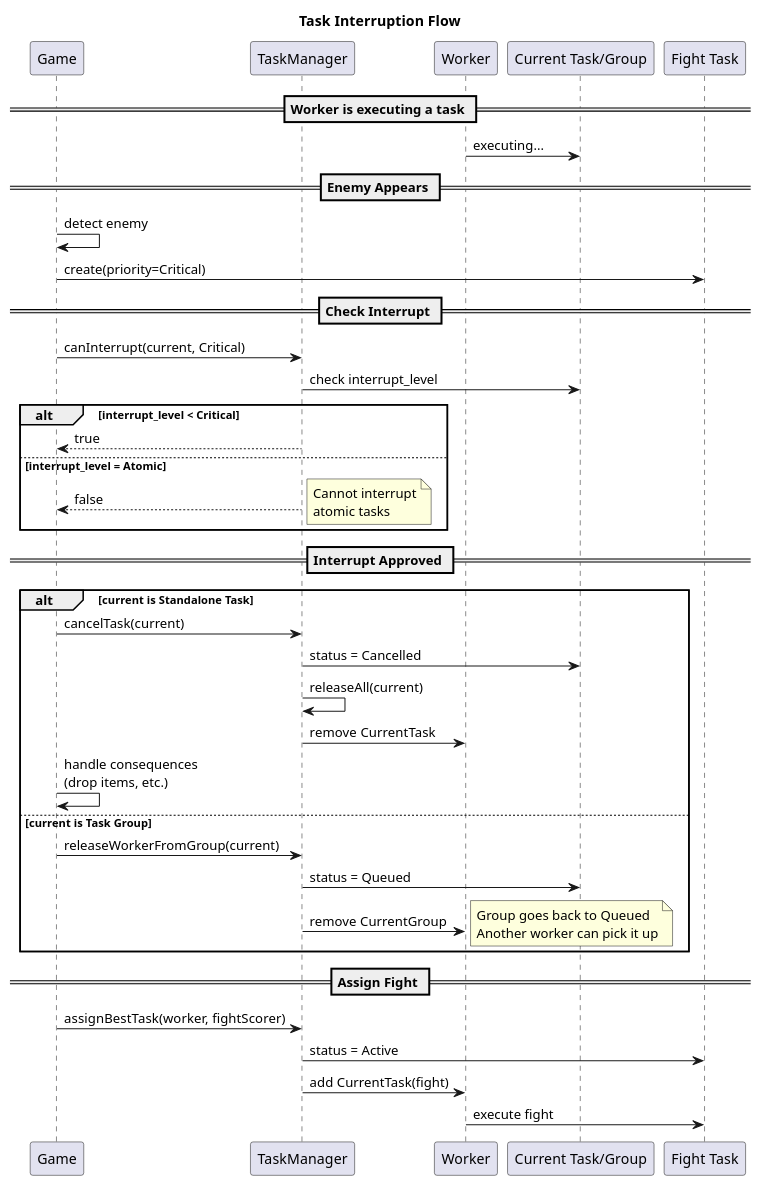
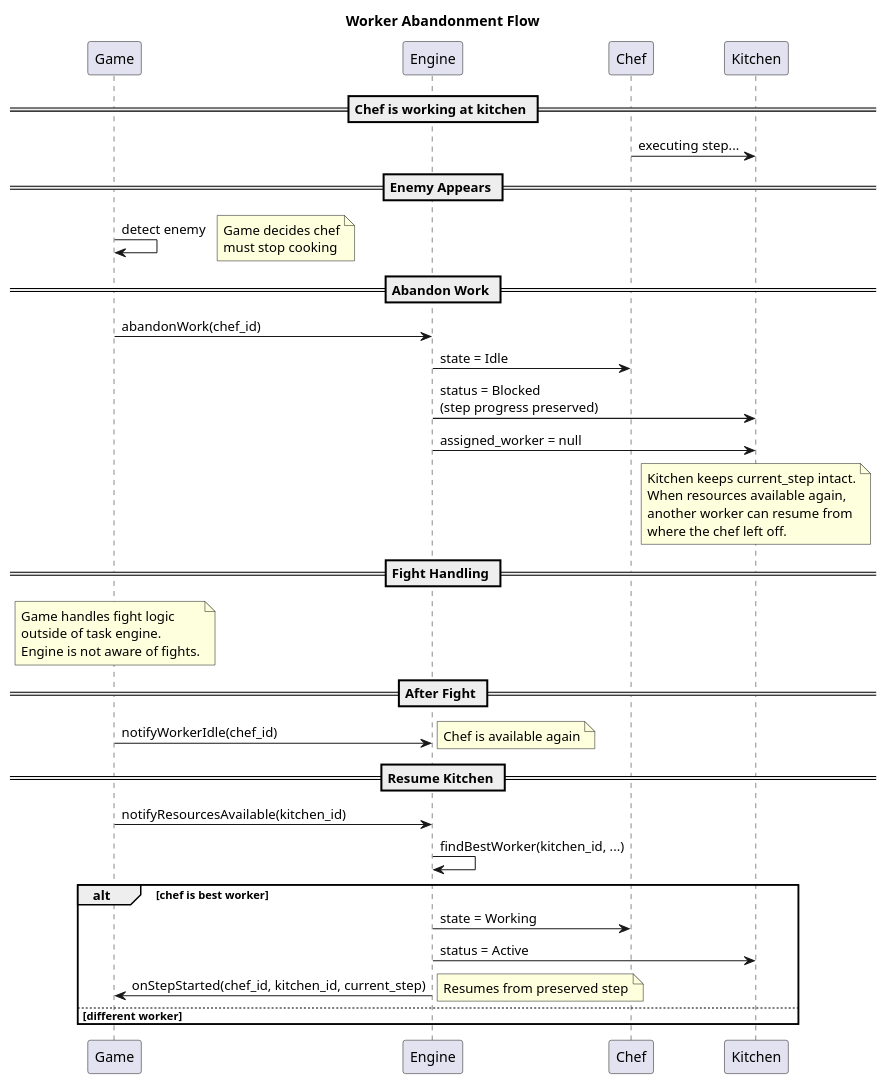
The diagram in uml/interrupt_flow.puml (labelle-toolkit/labelle-tasks), drawn with PlantUML before and after one commit. The commit also changed 41 other files, not shown here.

```diff
--- a/uml/interrupt_flow.puml
+++ b/uml/interrupt_flow.puml
@@ -1,48 +1,52 @@
 @startuml interrupt_flow
-title Task Interruption Flow
+title Worker Abandonment Flow
 
 participant "Game" as game
-participant "TaskManager" as tm
-participant "Worker" as worker
-participant "Current Task/Group" as current
-participant "Fight Task" as fight
+participant "Engine" as engine
+participant "Chef" as chef
+participant "Kitchen" as kitchen
 
-== Worker is executing a task ==
-worker -> current : executing...
+== Chef is working at kitchen ==
+chef -> kitchen : executing step...
 
 == Enemy Appears ==
 game -> game : detect enemy
-game -> fight : create(priority=Critical)
+note right: Game decides chef\nmust stop cooking
 
-== Check Interrupt ==
-game -> tm : canInterrupt(current, Critical)
-tm -> current : check interrupt_level
-alt interrupt_level < Critical
-  tm --> game : true
-else interrupt_level = Atomic
-  tm --> game : false
-  note right: Cannot interrupt\natomic tasks
+== Abandon Work ==
+game -> engine : abandonWork(chef_id)
+engine -> chef : state = Idle
+engine -> kitchen : status = Blocked\n(step progress preserved)
+engine -> kitchen : assigned_worker = null
+
+note over kitchen
+  Kitchen keeps current_step intact.
+  When resources available again,
+  another worker can resume from
+  where the chef left off.
+end note
+
+== Fight Handling ==
+note over game
+  Game handles fight logic
+  outside of task engine.
+  Engine is not aware of fights.
+end note
+
+== After Fight ==
+game -> engine : notifyWorkerIdle(chef_id)
+note right: Chef is available again
+
+== Resume Kitchen ==
+game -> engine : notifyResourcesAvailable(kitchen_id)
+engine -> engine : findBestWorker(kitchen_id, ...)
+alt chef is best worker
+  engine -> chef : state = Working
+  engine -> kitchen : status = Active
+  engine -> game : onStepStarted(chef_id, kitchen_id, current_step)
+  note right: Resumes from preserved step
+else different worker
+  note right: Another worker picks up\nwhere chef left off
 end
 
-== Interrupt Approved ==
-alt current is Standalone Task
-  game -> tm : cancelTask(current)
-  tm -> current : status = Cancelled
-  tm -> tm : releaseAll(current)
-  tm -> worker : remove CurrentTask
-  game -> game : handle consequences\n(drop items, etc.)
-else current is Task Group
-  game -> tm : releaseWorkerFromGroup(current)
-  tm -> current : status = Queued
-  tm -> worker : remove CurrentGroup
-  note right: Group goes back to Queued\nAnother worker can pick it up
-end
-
-== Assign Fight ==
-game -> tm : assignBestTask(worker, fightScorer)
-tm -> fight : status = Active
-tm -> worker : add CurrentTask(fight)
-
-worker -> fight : execute fight
-
 @enduml
```
